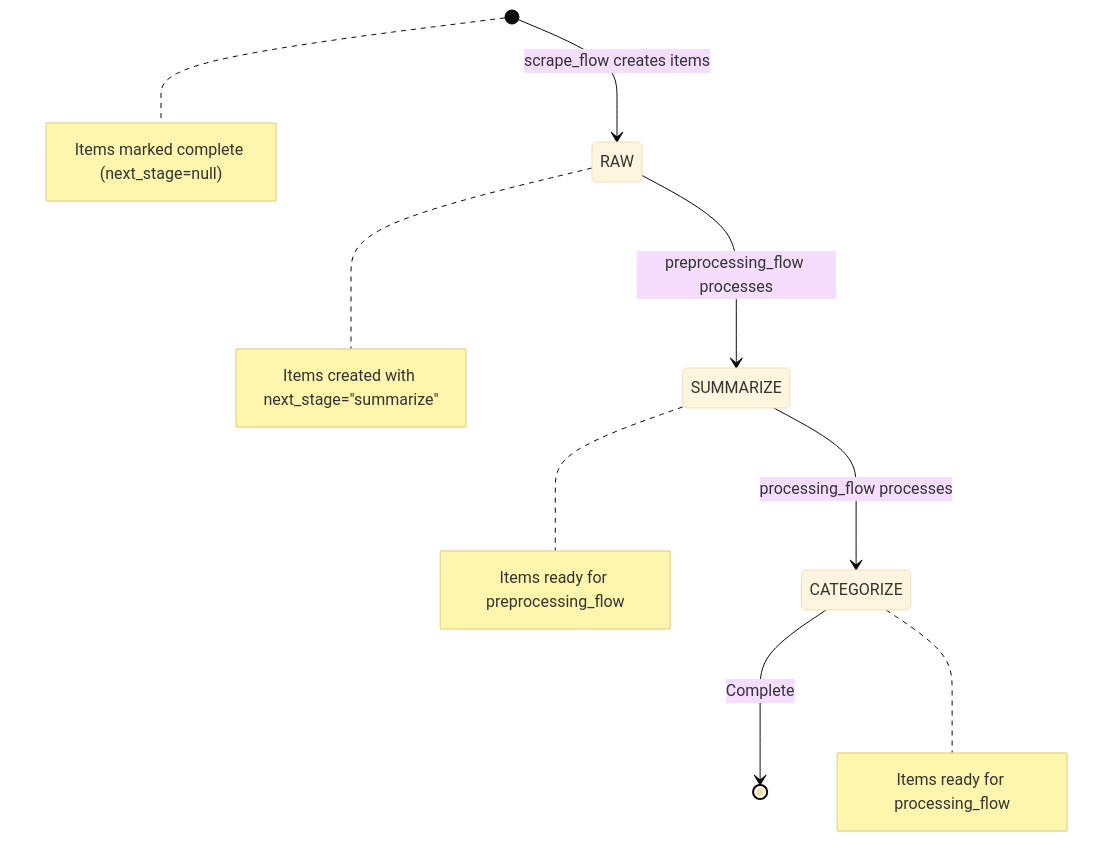
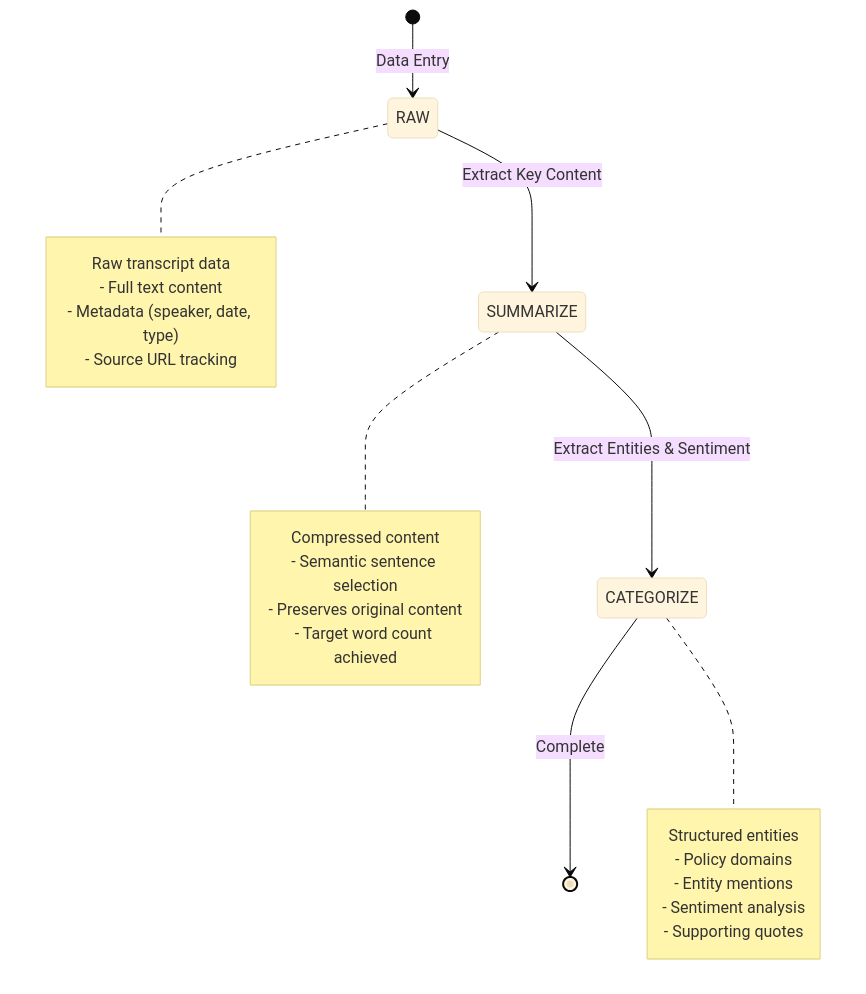
The second of 4 diagrams in documentation/architecture.md (dmitriyratu/DiscourseKG), drawn with Mermaid (base theme) before and after one commit. The commit also changed other lines of this file and 2 other files, not shown here.

First line of the commit message:
refactor: delete outdated cursor rules and update architecture documentation

````diff
--- a/documentation/architecture.md
+++ b/documentation/architecture.md
@@ -78,12 +136,29 @@
 ```mermaid
 stateDiagram-v2
-    [*] --> RAW: scrape_flow creates items
-    RAW --> SUMMARIZE: preprocessing_flow processes
-    SUMMARIZE --> CATEGORIZE: processing_flow processes
-    CATEGORIZE --> [*]: Complete
+    [*] --> RAW : Data Entry
+    RAW --> SUMMARIZE : Extract Key Content
+    SUMMARIZE --> CATEGORIZE : Extract Entities & Sentiment
+    CATEGORIZE --> [*] : Complete
     
-    note right of RAW: Items created with next_stage="summarize"
-    note right of SUMMARIZE: Items ready for preprocessing_flow
-    note right of CATEGORIZE: Items ready for processing_flow
-    note right of [*]: Items marked complete (next_stage=null)
+    note right of RAW
+        Raw transcript data
+        - Full text content
+        - Metadata (speaker, date, type)
+        - Source URL tracking
+    end note
+    
+    note right of SUMMARIZE
+        Compressed content
+        - Semantic sentence selection
+        - Preserves original content
+        - Target word count achieved
+    end note
+    
+    note right of CATEGORIZE
+        Structured entities
+        - Policy domains
+        - Entity mentions
+        - Sentiment analysis
+        - Supporting quotes
+    end note
 ```
````
